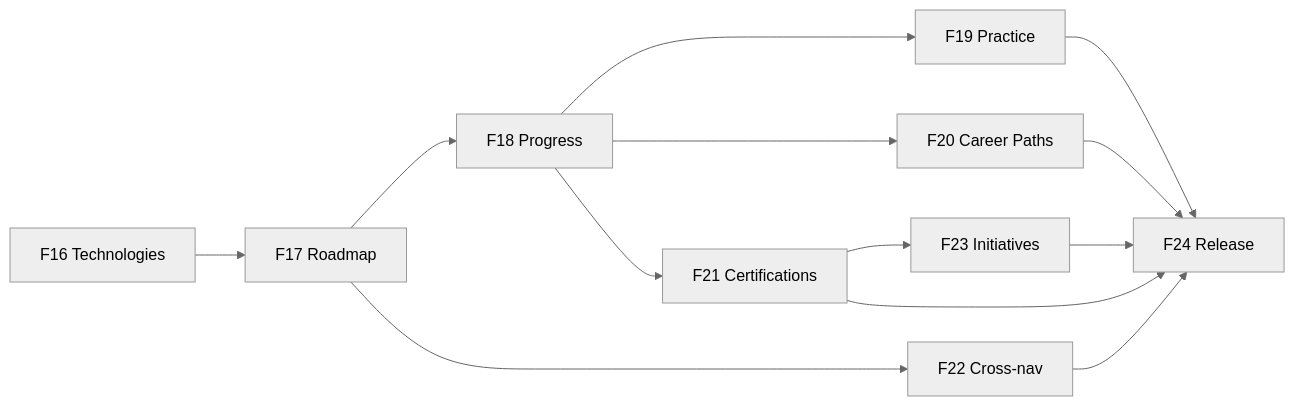
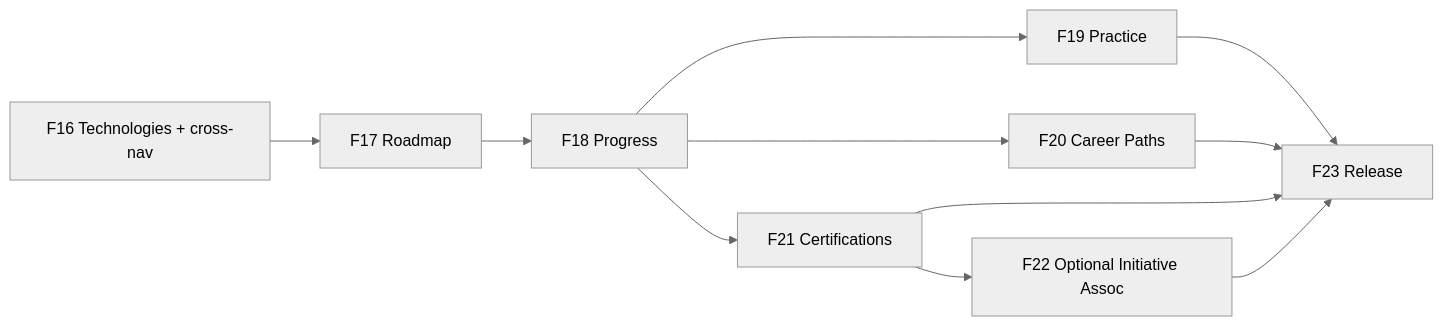
One commit to Kamaleshwarr/Infras-Learnhub changed the diagram in docs/v0.8.0/07-implementation-plan.md. Above: the diagram before and after it, drawn with Mermaid (neutral theme). The commit also changed other lines of this file and 5 other files, not shown here.

````diff
--- a/docs/v0.8.0/07-implementation-plan.md
+++ b/docs/v0.8.0/07-implementation-plan.md
@@ -91,15 +122,13 @@
 ```mermaid
 flowchart LR
-    F16[F16 Technologies] --> F17[F17 Roadmap]
+    F16[F16 Technologies + cross-nav] --> F17[F17 Roadmap]
     F17 --> F18[F18 Progress]
     F18 --> F19[F19 Practice]
     F18 --> F20[F20 Career Paths]
     F18 --> F21[F21 Certifications]
-    F17 --> F22[F22 Cross-nav]
-    F21 --> F23[F23 Initiatives]
-    F19 --> F24[F24 Release]
-    F20 --> F24
-    F21 --> F24
-    F22 --> F24
-    F23 --> F24
+    F21 --> F22[F22 Optional Initiative Assoc]
+    F19 --> F23[F23 Release]
+    F20 --> F23
+    F21 --> F23
+    F22 --> F23
 ```
````
